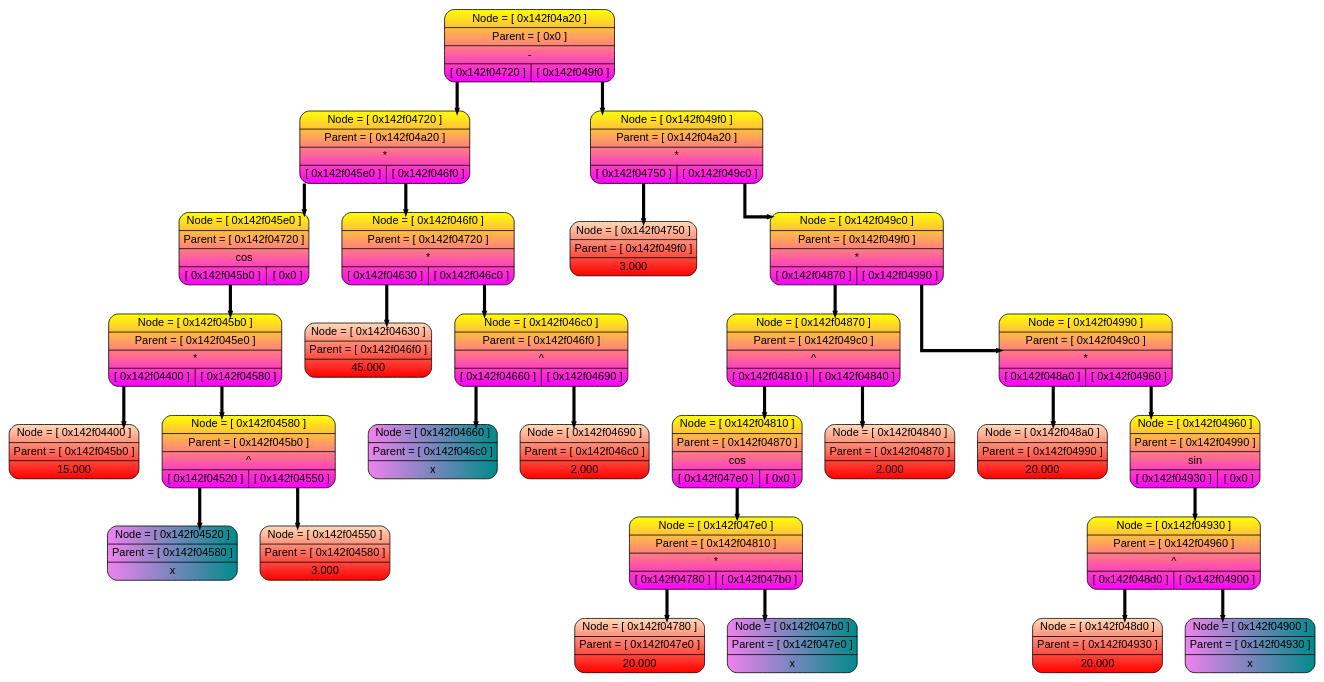
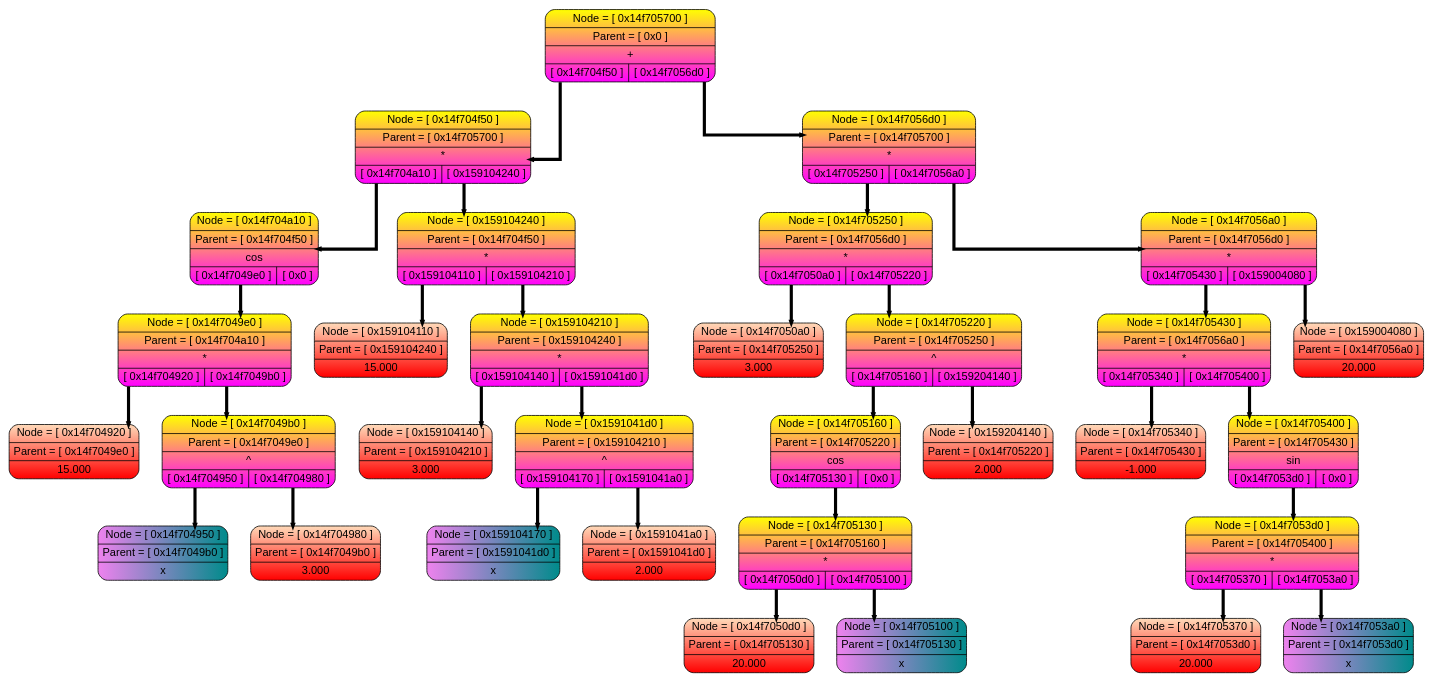
The diagram in Dump-source/dump.dot (livlavr/Differentiator), drawn with Graphviz before and after one commit. The commit also changed 14 other files, not shown here.

```diff
--- a/Dump-source/dump.dot
+++ b/Dump-source/dump.dot
@@ -1,62 +1,70 @@
 digraph tree{
 splines=ortho;
 rankdir=HR;
 nodesep=0.4;
 node [shape=record, fontname="Arial"];
 edge [style=bold, color="black", weight=10, penwidth=4, arrowsize=0.2];
-P0x142f04a20 [style = "filled, rounded", fillcolor="yellow:magenta" gradientangle=270,label=" {Node = [ 0x142f04a20 ] | Parent = [ 0x0 ] | - | { <l> [ 0x142f04720 ] | <r> [ 0x142f049f0 ]}}" ];
-P0x142f04720 [style = "filled, rounded", fillcolor="yellow:magenta" gradientangle=270,label=" {Node = [ 0x142f04720 ] | Parent = [ 0x142f04a20 ] | * | { <l> [ 0x142f045e0 ] | <r> [ 0x142f046f0 ]}}" ];
-P0x142f045e0 [style = "filled, rounded", fillcolor="yellow:magenta" gradientangle=270,label=" {Node = [ 0x142f045e0 ] | Parent = [ 0x142f04720 ] | cos | { <l> [ 0x142f045b0 ] | <r> [ 0x0 ]}}" ];
-P0x142f045b0 [style = "filled, rounded", fillcolor="yellow:magenta" gradientangle=270,label=" {Node = [ 0x142f045b0 ] | Parent = [ 0x142f045e0 ] | * | { <l> [ 0x142f04400 ] | <r> [ 0x142f04580 ]}}" ];
-P0x142f04400 [style = "filled, rounded", fillcolor="peachpuff:red" gradientangle=270,label=" {Node = [ 0x142f04400 ] | Parent = [ 0x142f045b0 ] | 15.000 }" ];
-P0x142f04580 [style = "filled, rounded", fillcolor="yellow:magenta" gradientangle=270,label=" {Node = [ 0x142f04580 ] | Parent = [ 0x142f045b0 ] | ^ | { <l> [ 0x142f04520 ] | <r> [ 0x142f04550 ]}}" ];
-P0x142f04520 [style = "filled, rounded", fillcolor="violet:darkcyan"label=" {Node = [ 0x142f04520 ] | Parent = [ 0x142f04580 ] | x }" ];
-P0x142f04550 [style = "filled, rounded", fillcolor="peachpuff:red" gradientangle=270,label=" {Node = [ 0x142f04550 ] | Parent = [ 0x142f04580 ] | 3.000 }" ];
-P0x142f04580:<l> -> P0x142f04520
-P0x142f04580:<r> -> P0x142f04550
-P0x142f045b0:<l> -> P0x142f04400
-P0x142f045b0:<r> -> P0x142f04580
-P0x142f045e0:<l> -> P0x142f045b0
-P0x142f046f0 [style = "filled, rounded", fillcolor="yellow:magenta" gradientangle=270,label=" {Node = [ 0x142f046f0 ] | Parent = [ 0x142f04720 ] | * | { <l> [ 0x142f04630 ] | <r> [ 0x142f046c0 ]}}" ];
-P0x142f04630 [style = "filled, rounded", fillcolor="peachpuff:red" gradientangle=270,label=" {Node = [ 0x142f04630 ] | Parent = [ 0x142f046f0 ] | 45.000 }" ];
-P0x142f046c0 [style = "filled, rounded", fillcolor="yellow:magenta" gradientangle=270,label=" {Node = [ 0x142f046c0 ] | Parent = [ 0x142f046f0 ] | ^ | { <l> [ 0x142f04660 ] | <r> [ 0x142f04690 ]}}" ];
-P0x142f04660 [style = "filled, rounded", fillcolor="violet:darkcyan"label=" {Node = [ 0x142f04660 ] | Parent = [ 0x142f046c0 ] | x }" ];
-P0x142f04690 [style = "filled, rounded", fillcolor="peachpuff:red" gradientangle=270,label=" {Node = [ 0x142f04690 ] | Parent = [ 0x142f046c0 ] | 2.000 }" ];
-P0x142f046c0:<l> -> P0x142f04660
-P0x142f046c0:<r> -> P0x142f04690
-P0x142f046f0:<l> -> P0x142f04630
-P0x142f046f0:<r> -> P0x142f046c0
-P0x142f04720:<l> -> P0x142f045e0
-P0x142f04720:<r> -> P0x142f046f0
-P0x142f049f0 [style = "filled, rounded", fillcolor="yellow:magenta" gradientangle=270,label=" {Node = [ 0x142f049f0 ] | Parent = [ 0x142f04a20 ] | * | { <l> [ 0x142f04750 ] | <r> [ 0x142f049c0 ]}}" ];
-P0x142f04750 [style = "filled, rounded", fillcolor="peachpuff:red" gradientangle=270,label=" {Node = [ 0x142f04750 ] | Parent = [ 0x142f049f0 ] | 3.000 }" ];
-P0x142f049c0 [style = "filled, rounded", fillcolor="yellow:magenta" gradientangle=270,label=" {Node = [ 0x142f049c0 ] | Parent = [ 0x142f049f0 ] | * | { <l> [ 0x142f04870 ] | <r> [ 0x142f04990 ]}}" ];
-P0x142f04870 [style = "filled, rounded", fillcolor="yellow:magenta" gradientangle=270,label=" {Node = [ 0x142f04870 ] | Parent = [ 0x142f049c0 ] | ^ | { <l> [ 0x142f04810 ] | <r> [ 0x142f04840 ]}}" ];
-P0x142f04810 [style = "filled, rounded", fillcolor="yellow:magenta" gradientangle=270,label=" {Node = [ 0x142f04810 ] | Parent = [ 0x142f04870 ] | cos | { <l> [ 0x142f047e0 ] | <r> [ 0x0 ]}}" ];
-P0x142f047e0 [style = "filled, rounded", fillcolor="yellow:magenta" gradientangle=270,label=" {Node = [ 0x142f047e0 ] | Parent = [ 0x142f04810 ] | * | { <l> [ 0x142f04780 ] | <r> [ 0x142f047b0 ]}}" ];
-P0x142f04780 [style = "filled, rounded", fillcolor="peachpuff:red" gradientangle=270,label=" {Node = [ 0x142f04780 ] | Parent = [ 0x142f047e0 ] | 20.000 }" ];
-P0x142f047b0 [style = "filled, rounded", fillcolor="violet:darkcyan"label=" {Node = [ 0x142f047b0 ] | Parent = [ 0x142f047e0 ] | x }" ];
-P0x142f047e0:<l> -> P0x142f04780
-P0x142f047e0:<r> -> P0x142f047b0
-P0x142f04810:<l> -> P0x142f047e0
-P0x142f04840 [style = "filled, rounded", fillcolor="peachpuff:red" gradientangle=270,label=" {Node = [ 0x142f04840 ] | Parent = [ 0x142f04870 ] | 2.000 }" ];
-P0x142f04870:<l> -> P0x142f04810
-P0x142f04870:<r> -> P0x142f04840
-P0x142f04990 [style = "filled, rounded", fillcolor="yellow:magenta" gradientangle=270,label=" {Node = [ 0x142f04990 ] | Parent = [ 0x142f049c0 ] | * | { <l> [ 0x142f048a0 ] | <r> [ 0x142f04960 ]}}" ];
-P0x142f048a0 [style = "filled, rounded", fillcolor="peachpuff:red" gradientangle=270,label=" {Node = [ 0x142f048a0 ] | Parent = [ 0x142f04990 ] | 20.000 }" ];
-P0x142f04960 [style = "filled, rounded", fillcolor="yellow:magenta" gradientangle=270,label=" {Node = [ 0x142f04960 ] | Parent = [ 0x142f04990 ] | sin | { <l> [ 0x142f04930 ] | <r> [ 0x0 ]}}" ];
-P0x142f04930 [style = "filled, rounded", fillcolor="yellow:magenta" gradientangle=270,label=" {Node = [ 0x142f04930 ] | Parent = [ 0x142f04960 ] | ^ | { <l> [ 0x142f048d0 ] | <r> [ 0x142f04900 ]}}" ];
-P0x142f048d0 [style = "filled, rounded", fillcolor="peachpuff:red" gradientangle=270,label=" {Node = [ 0x142f048d0 ] | Parent = [ 0x142f04930 ] | 20.000 }" ];
-P0x142f04900 [style = "filled, rounded", fillcolor="violet:darkcyan"label=" {Node = [ 0x142f04900 ] | Parent = [ 0x142f04930 ] | x }" ];
-P0x142f04930:<l> -> P0x142f048d0
-P0x142f04930:<r> -> P0x142f04900
-P0x142f04960:<l> -> P0x142f04930
-P0x142f04990:<l> -> P0x142f048a0
-P0x142f04990:<r> -> P0x142f04960
-P0x142f049c0:<l> -> P0x142f04870
-P0x142f049c0:<r> -> P0x142f04990
-P0x142f049f0:<l> -> P0x142f04750
-P0x142f049f0:<r> -> P0x142f049c0
-P0x142f04a20:<l> -> P0x142f04720
-P0x142f04a20:<r> -> P0x142f049f0
+P0x14f705700 [style = "filled, rounded", fillcolor="yellow:magenta" gradientangle=270,label=" {Node = [ 0x14f705700 ] | Parent = [ 0x0 ] | + | { <l> [ 0x14f704f50 ] | <r> [ 0x14f7056d0 ]}}" ];
+P0x14f704f50 [style = "filled, rounded", fillcolor="yellow:magenta" gradientangle=270,label=" {Node = [ 0x14f704f50 ] | Parent = [ 0x14f705700 ] | * | { <l> [ 0x14f704a10 ] | <r> [ 0x159104240 ]}}" ];
+P0x14f704a10 [style = "filled, rounded", fillcolor="yellow:magenta" gradientangle=270,label=" {Node = [ 0x14f704a10 ] | Parent = [ 0x14f704f50 ] | cos | { <l> [ 0x14f7049e0 ] | <r> [ 0x0 ]}}" ];
+P0x14f7049e0 [style = "filled, rounded", fillcolor="yellow:magenta" gradientangle=270,label=" {Node = [ 0x14f7049e0 ] | Parent = [ 0x14f704a10 ] | * | { <l> [ 0x14f704920 ] | <r> [ 0x14f7049b0 ]}}" ];
+P0x14f704920 [style = "filled, rounded", fillcolor="peachpuff:red" gradientangle=270,label=" {Node = [ 0x14f704920 ] | Parent = [ 0x14f7049e0 ] | 15.000 }" ];
+P0x14f7049b0 [style = "filled, rounded", fillcolor="yellow:magenta" gradientangle=270,label=" {Node = [ 0x14f7049b0 ] | Parent = [ 0x14f7049e0 ] | ^ | { <l> [ 0x14f704950 ] | <r> [ 0x14f704980 ]}}" ];
+P0x14f704950 [style = "filled, rounded", fillcolor="violet:darkcyan"label=" {Node = [ 0x14f704950 ] | Parent = [ 0x14f7049b0 ] | x }" ];
+P0x14f704980 [style = "filled, rounded", fillcolor="peachpuff:red" gradientangle=270,label=" {Node = [ 0x14f704980 ] | Parent = [ 0x14f7049b0 ] | 3.000 }" ];
+P0x14f7049b0:<l> -> P0x14f704950
+P0x14f7049b0:<r> -> P0x14f704980
+P0x14f7049e0:<l> -> P0x14f704920
+P0x14f7049e0:<r> -> P0x14f7049b0
+P0x14f704a10:<l> -> P0x14f7049e0
+P0x159104240 [style = "filled, rounded", fillcolor="yellow:magenta" gradientangle=270,label=" {Node = [ 0x159104240 ] | Parent = [ 0x14f704f50 ] | * | { <l> [ 0x159104110 ] | <r> [ 0x159104210 ]}}" ];
+P0x159104110 [style = "filled, rounded", fillcolor="peachpuff:red" gradientangle=270,label=" {Node = [ 0x159104110 ] | Parent = [ 0x159104240 ] | 15.000 }" ];
+P0x159104210 [style = "filled, rounded", fillcolor="yellow:magenta" gradientangle=270,label=" {Node = [ 0x159104210 ] | Parent = [ 0x159104240 ] | * | { <l> [ 0x159104140 ] | <r> [ 0x1591041d0 ]}}" ];
+P0x159104140 [style = "filled, rounded", fillcolor="peachpuff:red" gradientangle=270,label=" {Node = [ 0x159104140 ] | Parent = [ 0x159104210 ] | 3.000 }" ];
+P0x1591041d0 [style = "filled, rounded", fillcolor="yellow:magenta" gradientangle=270,label=" {Node = [ 0x1591041d0 ] | Parent = [ 0x159104210 ] | ^ | { <l> [ 0x159104170 ] | <r> [ 0x1591041a0 ]}}" ];
+P0x159104170 [style = "filled, rounded", fillcolor="violet:darkcyan"label=" {Node = [ 0x159104170 ] | Parent = [ 0x1591041d0 ] | x }" ];
+P0x1591041a0 [style = "filled, rounded", fillcolor="peachpuff:red" gradientangle=270,label=" {Node = [ 0x1591041a0 ] | Parent = [ 0x1591041d0 ] | 2.000 }" ];
+P0x1591041d0:<l> -> P0x159104170
+P0x1591041d0:<r> -> P0x1591041a0
+P0x159104210:<l> -> P0x159104140
+P0x159104210:<r> -> P0x1591041d0
+P0x159104240:<l> -> P0x159104110
+P0x159104240:<r> -> P0x159104210
+P0x14f704f50:<l> -> P0x14f704a10
+P0x14f704f50:<r> -> P0x159104240
+P0x14f7056d0 [style = "filled, rounded", fillcolor="yellow:magenta" gradientangle=270,label=" {Node = [ 0x14f7056d0 ] | Parent = [ 0x14f705700 ] | * | { <l> [ 0x14f705250 ] | <r> [ 0x14f7056a0 ]}}" ];
+P0x14f705250 [style = "filled, rounded", fillcolor="yellow:magenta" gradientangle=270,label=" {Node = [ 0x14f705250 ] | Parent = [ 0x14f7056d0 ] | * | { <l> [ 0x14f7050a0 ] | <r> [ 0x14f705220 ]}}" ];
+P0x14f7050a0 [style = "filled, rounded", fillcolor="peachpuff:red" gradientangle=270,label=" {Node = [ 0x14f7050a0 ] | Parent = [ 0x14f705250 ] | 3.000 }" ];
+P0x14f705220 [style = "filled, rounded", fillcolor="yellow:magenta" gradientangle=270,label=" {Node = [ 0x14f705220 ] | Parent = [ 0x14f705250 ] | ^ | { <l> [ 0x14f705160 ] | <r> [ 0x159204140 ]}}" ];
+P0x14f705160 [style = "filled, rounded", fillcolor="yellow:magenta" gradientangle=270,label=" {Node = [ 0x14f705160 ] | Parent = [ 0x14f705220 ] | cos | { <l> [ 0x14f705130 ] | <r> [ 0x0 ]}}" ];
+P0x14f705130 [style = "filled, rounded", fillcolor="yellow:magenta" gradientangle=270,label=" {Node = [ 0x14f705130 ] | Parent = [ 0x14f705160 ] | * | { <l> [ 0x14f7050d0 ] | <r> [ 0x14f705100 ]}}" ];
+P0x14f7050d0 [style = "filled, rounded", fillcolor="peachpuff:red" gradientangle=270,label=" {Node = [ 0x14f7050d0 ] | Parent = [ 0x14f705130 ] | 20.000 }" ];
+P0x14f705100 [style = "filled, rounded", fillcolor="violet:darkcyan"label=" {Node = [ 0x14f705100 ] | Parent = [ 0x14f705130 ] | x }" ];
+P0x14f705130:<l> -> P0x14f7050d0
+P0x14f705130:<r> -> P0x14f705100
+P0x14f705160:<l> -> P0x14f705130
+P0x159204140 [style = "filled, rounded", fillcolor="peachpuff:red" gradientangle=270,label=" {Node = [ 0x159204140 ] | Parent = [ 0x14f705220 ] | 2.000 }" ];
+P0x14f705220:<l> -> P0x14f705160
+P0x14f705220:<r> -> P0x159204140
+P0x14f705250:<l> -> P0x14f7050a0
+P0x14f705250:<r> -> P0x14f705220
+P0x14f7056a0 [style = "filled, rounded", fillcolor="yellow:magenta" gradientangle=270,label=" {Node = [ 0x14f7056a0 ] | Parent = [ 0x14f7056d0 ] | * | { <l> [ 0x14f705430 ] | <r> [ 0x159004080 ]}}" ];
+P0x14f705430 [style = "filled, rounded", fillcolor="yellow:magenta" gradientangle=270,label=" {Node = [ 0x14f705430 ] | Parent = [ 0x14f7056a0 ] | * | { <l> [ 0x14f705340 ] | <r> [ 0x14f705400 ]}}" ];
+P0x14f705340 [style = "filled, rounded", fillcolor="peachpuff:red" gradientangle=270,label=" {Node = [ 0x14f705340 ] | Parent = [ 0x14f705430 ] | -1.000 }" ];
+P0x14f705400 [style = "filled, rounded", fillcolor="yellow:magenta" gradientangle=270,label=" {Node = [ 0x14f705400 ] | Parent = [ 0x14f705430 ] | sin | { <l> [ 0x14f7053d0 ] | <r> [ 0x0 ]}}" ];
+P0x14f7053d0 [style = "filled, rounded", fillcolor="yellow:magenta" gradientangle=270,label=" {Node = [ 0x14f7053d0 ] | Parent = [ 0x14f705400 ] | * | { <l> [ 0x14f705370 ] | <r> [ 0x14f7053a0 ]}}" ];
+P0x14f705370 [style = "filled, rounded", fillcolor="peachpuff:red" gradientangle=270,label=" {Node = [ 0x14f705370 ] | Parent = [ 0x14f7053d0 ] | 20.000 }" ];
+P0x14f7053a0 [style = "filled, rounded", fillcolor="violet:darkcyan"label=" {Node = [ 0x14f7053a0 ] | Parent = [ 0x14f7053d0 ] | x }" ];
+P0x14f7053d0:<l> -> P0x14f705370
+P0x14f7053d0:<r> -> P0x14f7053a0
+P0x14f705400:<l> -> P0x14f7053d0
+P0x14f705430:<l> -> P0x14f705340
+P0x14f705430:<r> -> P0x14f705400
+P0x159004080 [style = "filled, rounded", fillcolor="peachpuff:red" gradientangle=270,label=" {Node = [ 0x159004080 ] | Parent = [ 0x14f7056a0 ] | 20.000 }" ];
+P0x14f7056a0:<l> -> P0x14f705430
+P0x14f7056a0:<r> -> P0x159004080
+P0x14f7056d0:<l> -> P0x14f705250
+P0x14f7056d0:<r> -> P0x14f7056a0
+P0x14f705700:<l> -> P0x14f704f50
+P0x14f705700:<r> -> P0x14f7056d0
 }
```
